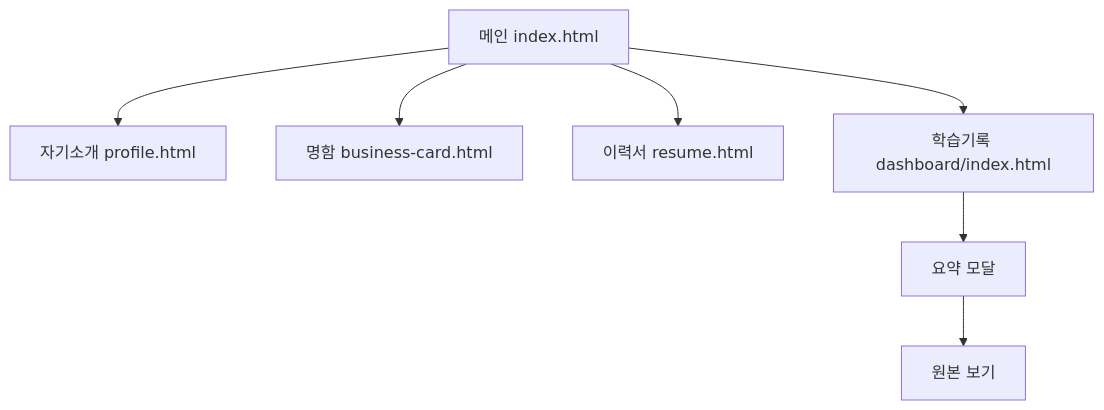
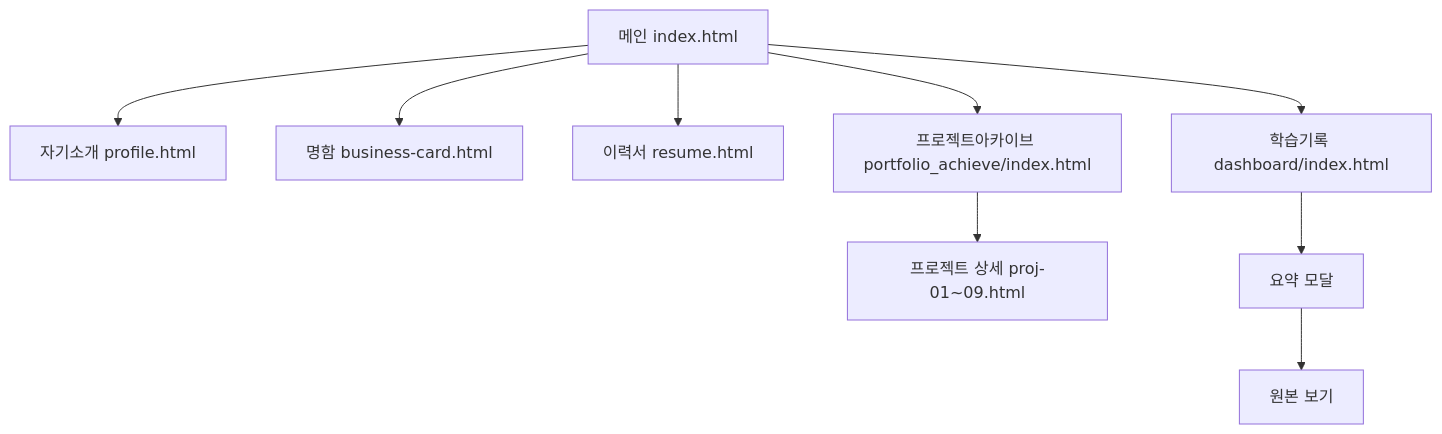
One commit to ackdark23358/ackdark23358.github.io changed the diagram in docs/specs/05-screen-flow.md. Above: the diagram before and after it, drawn with Mermaid. The commit also changed other lines of this file and 125 other files, not shown here.

Commit message:
feat: 자료 카테고리에 프로젝트 아카이브(portfolio_achieve) 편입 및 5대 기술문서 최신화

````diff
--- a/docs/specs/05-screen-flow.md
+++ b/docs/specs/05-screen-flow.md
@@ -5,16 +5,20 @@
 ```mermaid
 flowchart TD
   main[메인 index.html]
   letter[자기소개 profile.html]
   card[명함 business-card.html]
   resume[이력서 resume.html]
   dash[학습기록 dashboard/index.html]
+  archive[프로젝트아카이브 portfolio_achieve/index.html]
+  proj[프로젝트 상세 proj-01~09.html]
   modal[요약 모달]
   source[원본 보기]
   main --> letter
   main --> card
   main --> resume
   main --> dash
+  main --> archive
+  archive --> proj
   dash --> modal
   modal --> source
 ```
````
